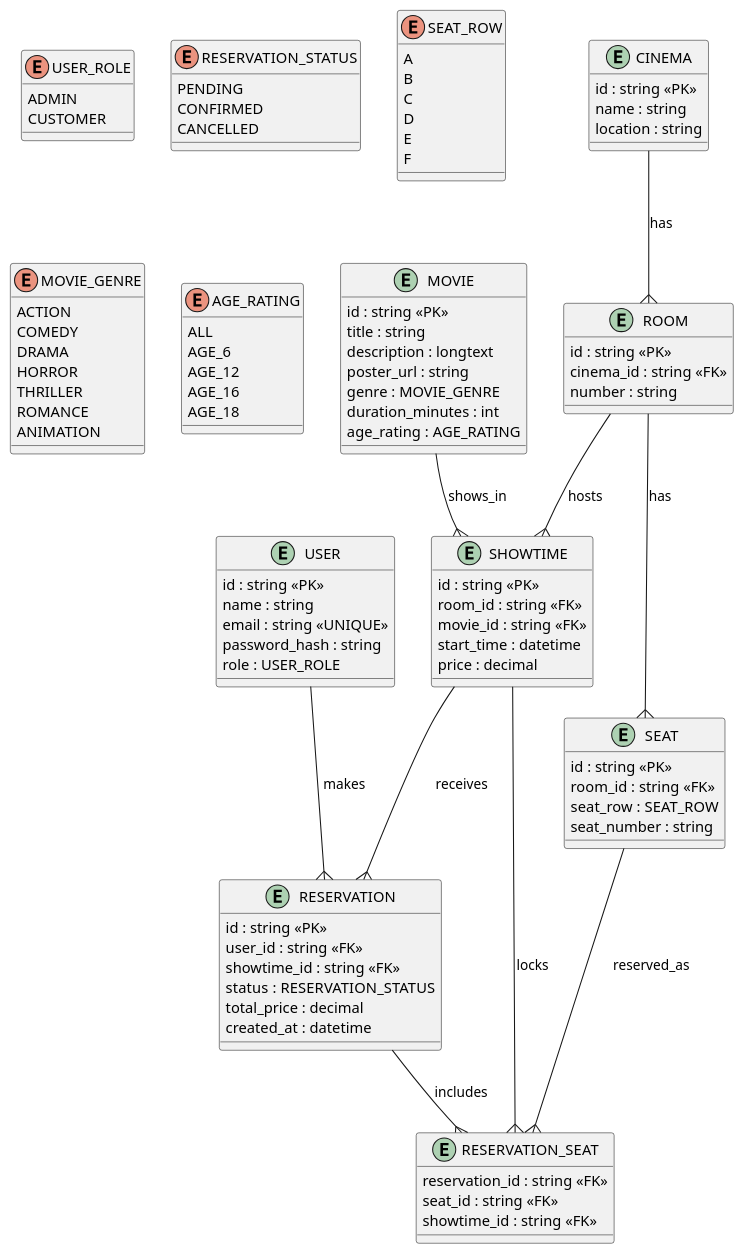
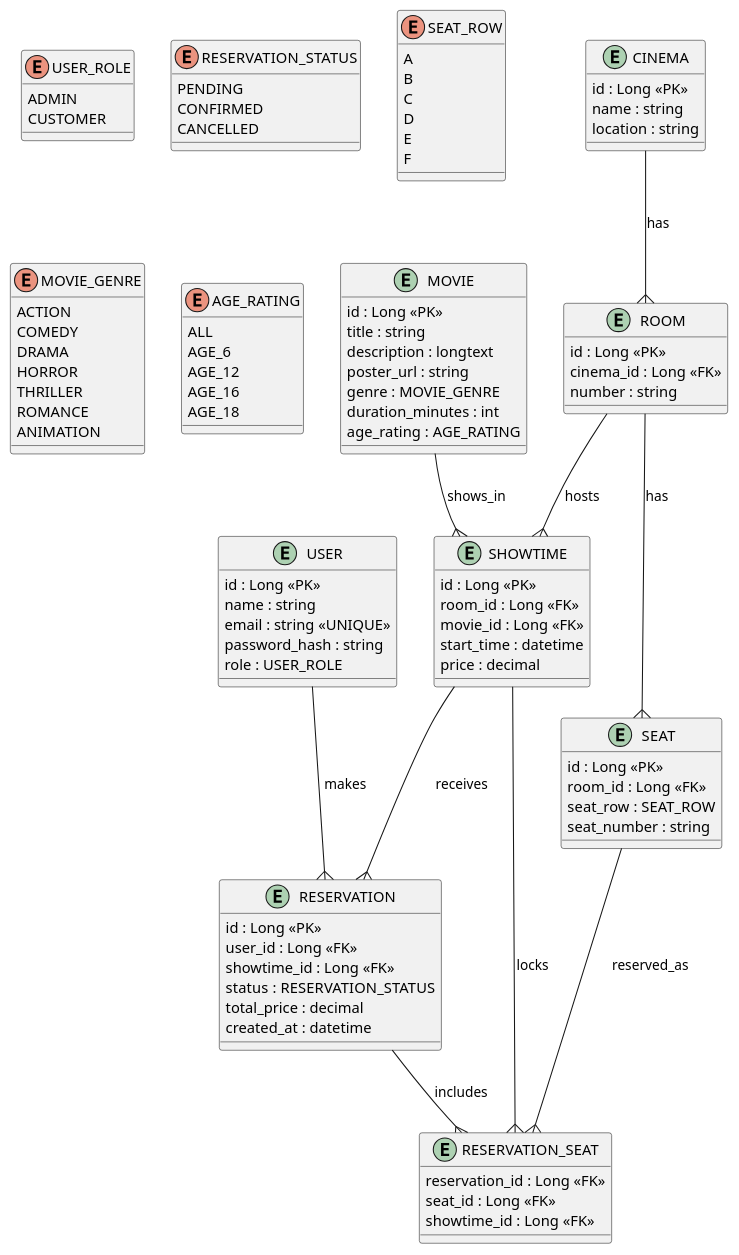
The diagram in docs/class-diagram..puml (hugobumba/cinema-system), drawn with PlantUML before and after one commit. The commit also changed 20 other files, not shown here.

```diff
--- a/docs/class-diagram..puml
+++ b/docs/class-diagram..puml
@@ -1,115 +1,115 @@
 @startuml
 
 enum USER_ROLE {
     ADMIN
     CUSTOMER
 }
 
 enum RESERVATION_STATUS {
     PENDING
     CONFIRMED
     CANCELLED
 }
 
 enum SEAT_ROW {
     A
     B
     C
     D
     E
     F
 }
 
 enum MOVIE_GENRE {
     ACTION
     COMEDY
     DRAMA
     HORROR
     THRILLER
     ROMANCE
     ANIMATION
 }
 
 enum AGE_RATING {
     ALL
     AGE_6
     AGE_12
     AGE_16
     AGE_18
 }
 
 
 
 entity USER {
-    id : string <<PK>>
+    id : Long <<PK>>
     name : string
     email : string <<UNIQUE>>
     password_hash : string
     role : USER_ROLE
 }
 
 entity CINEMA {
-    id : string <<PK>>
+    id : Long <<PK>>
     name : string
     location : string
 }
 
 entity ROOM {
-    id : string <<PK>>
-    cinema_id : string <<FK>>
+    id : Long <<PK>>
+    cinema_id : Long <<FK>>
     number : string
 }
 
 entity SEAT {
-    id : string <<PK>>
-    room_id : string <<FK>>
+    id : Long <<PK>>
+    room_id : Long <<FK>>
     seat_row : SEAT_ROW
     seat_number : string
 }
 
 entity MOVIE {
-    id : string <<PK>>
+    id : Long <<PK>>
     title : string
     description : longtext
     poster_url : string
     genre : MOVIE_GENRE
     duration_minutes : int
     age_rating : AGE_RATING
 }
 
 entity SHOWTIME {
-    id : string <<PK>>
-    room_id : string <<FK>>
-    movie_id : string <<FK>>
+    id : Long <<PK>>
+    room_id : Long <<FK>>
+    movie_id : Long <<FK>>
     start_time : datetime
     price : decimal
 }
 
 entity RESERVATION {
-    id : string <<PK>>
-    user_id : string <<FK>>
-    showtime_id : string <<FK>>
+    id : Long <<PK>>
+    user_id : Long <<FK>>
+    showtime_id : Long <<FK>>
     status : RESERVATION_STATUS
     total_price : decimal
     created_at : datetime
 }
 
 entity RESERVATION_SEAT {
-    reservation_id : string <<FK>>
-    seat_id : string <<FK>>
-    showtime_id : string <<FK>>
+    reservation_id : Long <<FK>>
+    seat_id : Long <<FK>>
+    showtime_id : Long <<FK>>
 }
 
 
 
 USER --{ RESERVATION : makes
 CINEMA --{ ROOM : has
 ROOM --{ SEAT : has
 ROOM --{ SHOWTIME : hosts
 MOVIE --{ SHOWTIME : shows_in
 SHOWTIME --{ RESERVATION : receives
 RESERVATION --{ RESERVATION_SEAT : includes
 SEAT --{ RESERVATION_SEAT : reserved_as
 SHOWTIME --{ RESERVATION_SEAT : locks
 
 @enduml
```
